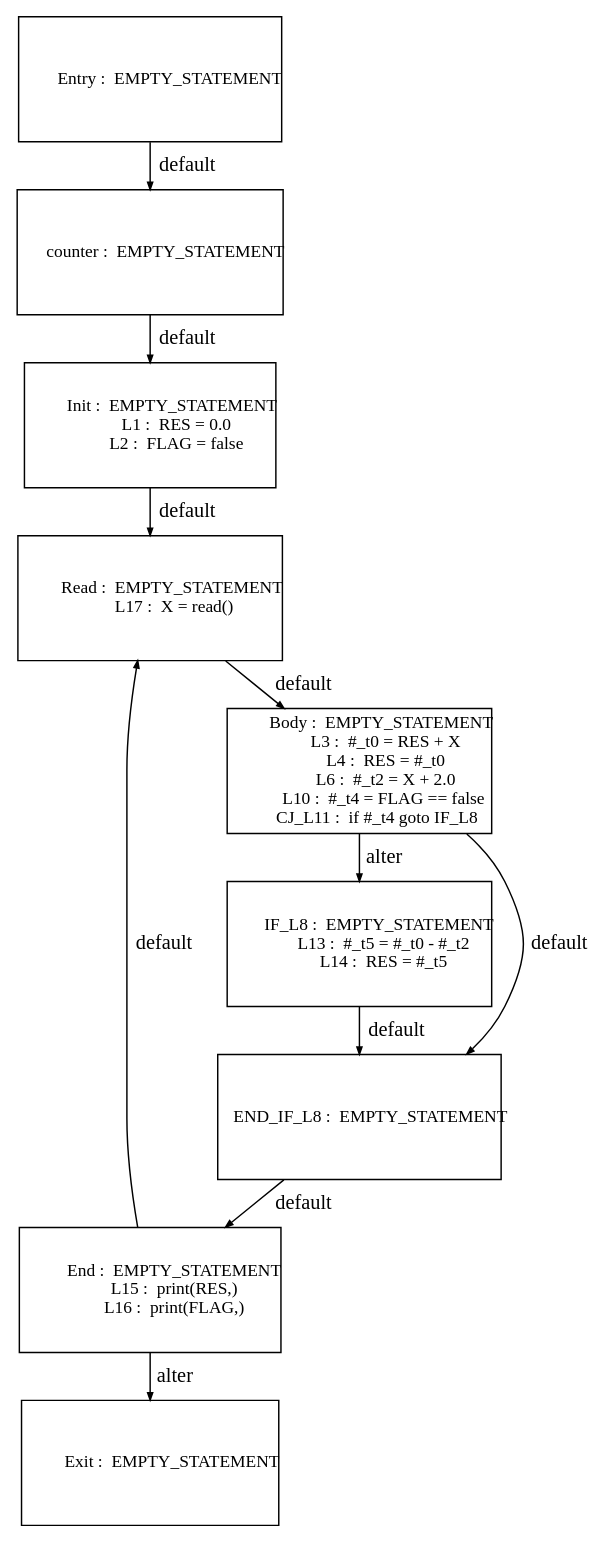
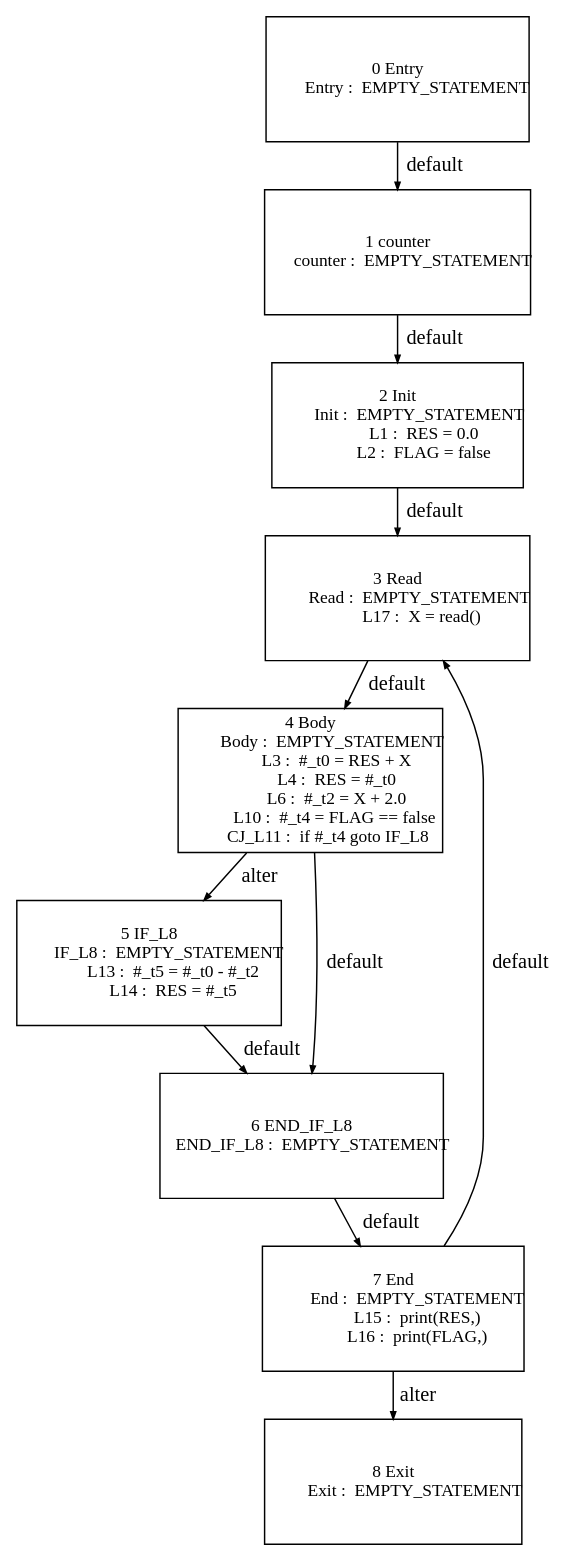
One commit to Geoffrey1014/ST_DSE changed the diagram in tests_programs/paper1_tests/counter_output/Graph_DSE_0.dot. Above: the diagram before and after it, drawn with Graphviz. The commit also changed 172 other files, not shown here.

```diff
--- a/tests_programs/paper1_tests/counter_output/Graph_DSE_0.dot
+++ b/tests_programs/paper1_tests/counter_output/Graph_DSE_0.dot
@@ -1,90 +1,119 @@
 digraph G {
   ranksep=.25;
   edge [arrowsize=.5]
   node [shape=rectangle, fontname="ArialNarrow",
         fontsize=12,  height=1.2];
-  "        counter :  EMPTY_STATEMENT
-"; "           Init :  EMPTY_STATEMENT
+  "2 Init
+           Init :  EMPTY_STATEMENT
              L1 :  RES = 0.0
              L2 :  FLAG = false
-"; "           Body :  EMPTY_STATEMENT
+"; "3 Read
+           Read :  EMPTY_STATEMENT
+            L17 :  X = read()
+"; "0 Entry
+          Entry :  EMPTY_STATEMENT
+"; "7 End
+            End :  EMPTY_STATEMENT
+            L15 :  print(RES,)
+            L16 :  print(FLAG,)
+"; "5 IF_L8
+          IF_L8 :  EMPTY_STATEMENT
+            L13 :  #_t5 = #_t0 - #_t2
+            L14 :  RES = #_t5
+"; "1 counter
+        counter :  EMPTY_STATEMENT
+"; "6 END_IF_L8
+      END_IF_L8 :  EMPTY_STATEMENT
+"; "8 Exit
+           Exit :  EMPTY_STATEMENT
+"; "4 Body
+           Body :  EMPTY_STATEMENT
              L3 :  #_t0 = RES + X
              L4 :  RES = #_t0
              L6 :  #_t2 = X + 2.0
             L10 :  #_t4 = FLAG == false
          CJ_L11 :  if #_t4 goto IF_L8
-"; "          IF_L8 :  EMPTY_STATEMENT
-            L13 :  #_t5 = #_t0 - #_t2
-            L14 :  RES = #_t5
-"; "      END_IF_L8 :  EMPTY_STATEMENT
-"; "          Entry :  EMPTY_STATEMENT
-"; "            End :  EMPTY_STATEMENT
-            L15 :  print(RES,)
-            L16 :  print(FLAG,)
-"; "           Read :  EMPTY_STATEMENT
-            L17 :  X = read()
-"; "           Exit :  EMPTY_STATEMENT
 "; 
-  "        counter :  EMPTY_STATEMENT
-" -> "           Init :  EMPTY_STATEMENT
+  "1 counter
+        counter :  EMPTY_STATEMENT
+" -> "2 Init
+           Init :  EMPTY_STATEMENT
              L1 :  RES = 0.0
              L2 :  FLAG = false
 "  [label="default"];
-  "           Init :  EMPTY_STATEMENT
+  "2 Init
+           Init :  EMPTY_STATEMENT
              L1 :  RES = 0.0
              L2 :  FLAG = false
-" -> "           Read :  EMPTY_STATEMENT
+" -> "3 Read
+           Read :  EMPTY_STATEMENT
             L17 :  X = read()
 "  [label="default"];
-  "           Body :  EMPTY_STATEMENT
+  "4 Body
+           Body :  EMPTY_STATEMENT
              L3 :  #_t0 = RES + X
              L4 :  RES = #_t0
              L6 :  #_t2 = X + 2.0
             L10 :  #_t4 = FLAG == false
          CJ_L11 :  if #_t4 goto IF_L8
-" -> "      END_IF_L8 :  EMPTY_STATEMENT
+" -> "6 END_IF_L8
+      END_IF_L8 :  EMPTY_STATEMENT
 "  [label="default"];
-  "           Body :  EMPTY_STATEMENT
+  "4 Body
+           Body :  EMPTY_STATEMENT
              L3 :  #_t0 = RES + X
              L4 :  RES = #_t0
              L6 :  #_t2 = X + 2.0
             L10 :  #_t4 = FLAG == false
          CJ_L11 :  if #_t4 goto IF_L8
-" -> "          IF_L8 :  EMPTY_STATEMENT
+" -> "5 IF_L8
+          IF_L8 :  EMPTY_STATEMENT
             L13 :  #_t5 = #_t0 - #_t2
             L14 :  RES = #_t5
 "  [label="alter"];
-  "          IF_L8 :  EMPTY_STATEMENT
+  "5 IF_L8
+          IF_L8 :  EMPTY_STATEMENT
             L13 :  #_t5 = #_t0 - #_t2
             L14 :  RES = #_t5
-" -> "      END_IF_L8 :  EMPTY_STATEMENT
+" -> "6 END_IF_L8
+      END_IF_L8 :  EMPTY_STATEMENT
 "  [label="default"];
-  "      END_IF_L8 :  EMPTY_STATEMENT
-" -> "            End :  EMPTY_STATEMENT
+  "6 END_IF_L8
+      END_IF_L8 :  EMPTY_STATEMENT
+" -> "7 End
+            End :  EMPTY_STATEMENT
             L15 :  print(RES,)
             L16 :  print(FLAG,)
 "  [label="default"];
-  "          Entry :  EMPTY_STATEMENT
-" -> "        counter :  EMPTY_STATEMENT
+  "0 Entry
+          Entry :  EMPTY_STATEMENT
+" -> "1 counter
+        counter :  EMPTY_STATEMENT
 "  [label="default"];
-  "            End :  EMPTY_STATEMENT
+  "7 End
+            End :  EMPTY_STATEMENT
             L15 :  print(RES,)
             L16 :  print(FLAG,)
-" -> "           Read :  EMPTY_STATEMENT
+" -> "3 Read
+           Read :  EMPTY_STATEMENT
             L17 :  X = read()
 "  [label="default"];
-  "            End :  EMPTY_STATEMENT
+  "7 End
+            End :  EMPTY_STATEMENT
             L15 :  print(RES,)
             L16 :  print(FLAG,)
-" -> "           Exit :  EMPTY_STATEMENT
+" -> "8 Exit
+           Exit :  EMPTY_STATEMENT
 "  [label="alter"];
-  "           Read :  EMPTY_STATEMENT
+  "3 Read
+           Read :  EMPTY_STATEMENT
             L17 :  X = read()
-" -> "           Body :  EMPTY_STATEMENT
+" -> "4 Body
+           Body :  EMPTY_STATEMENT
              L3 :  #_t0 = RES + X
              L4 :  RES = #_t0
              L6 :  #_t2 = X + 2.0
             L10 :  #_t4 = FLAG == false
          CJ_L11 :  if #_t4 goto IF_L8
 "  [label="default"];
 }
```
